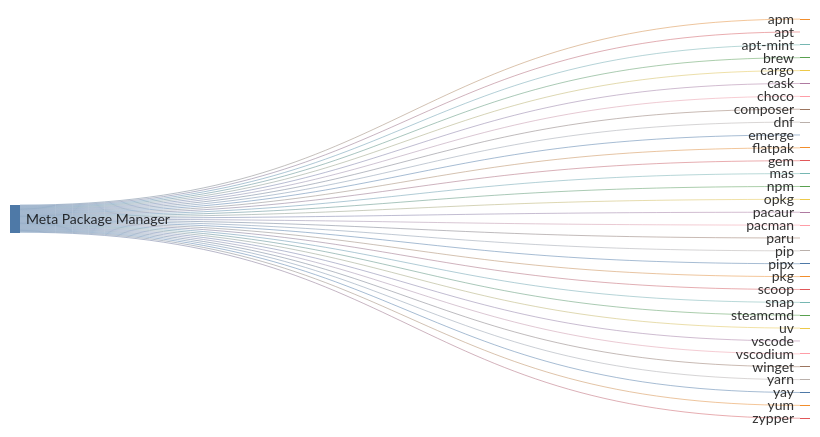
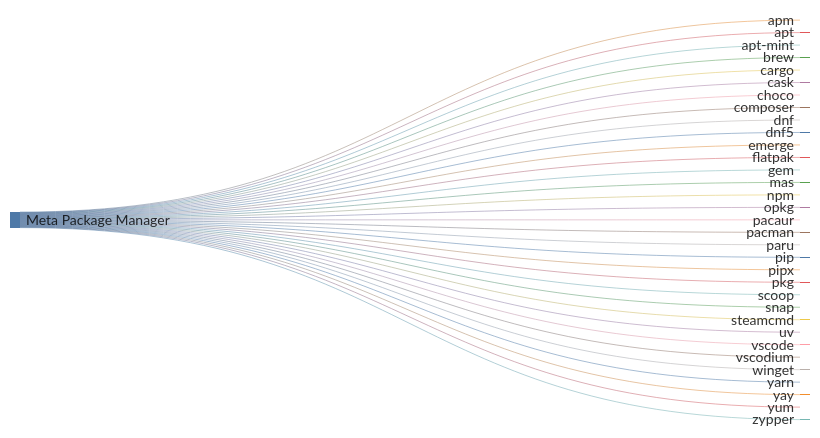
The diagram in readme.md (kdeldycke/meta-package-manager), drawn with Mermaid before and after one commit. The commit also changed other lines of this file, not shown here.

Commit message:
[autofix] Update readme

````diff
--- a/readme.md
+++ b/readme.md
@@ -65,39 +65,40 @@
 ```mermaid
 ---
 config: {"sankey": {"showValues": false, "width": 800, "height": 400}}
 ---
 sankey-beta
 
 Meta Package Manager,apm,1
 Meta Package Manager,apt,1
 Meta Package Manager,apt-mint,1
 Meta Package Manager,brew,1
 Meta Package Manager,cargo,1
 Meta Package Manager,cask,1
 Meta Package Manager,choco,1
 Meta Package Manager,composer,1
 Meta Package Manager,dnf,1
+Meta Package Manager,dnf5,1
 Meta Package Manager,emerge,1
 Meta Package Manager,flatpak,1
 Meta Package Manager,gem,1
 Meta Package Manager,mas,1
 Meta Package Manager,npm,1
 Meta Package Manager,opkg,1
 Meta Package Manager,pacaur,1
 Meta Package Manager,pacman,1
 Meta Package Manager,paru,1
 Meta Package Manager,pip,1
 Meta Package Manager,pipx,1
 Meta Package Manager,pkg,1
 Meta Package Manager,scoop,1
 Meta Package Manager,snap,1
 Meta Package Manager,steamcmd,1
 Meta Package Manager,uv,1
 Meta Package Manager,vscode,1
 Meta Package Manager,vscodium,1
 Meta Package Manager,winget,1
 Meta Package Manager,yarn,1
 Meta Package Manager,yay,1
 Meta Package Manager,yum,1
 Meta Package Manager,zypper,1
 ```
````
